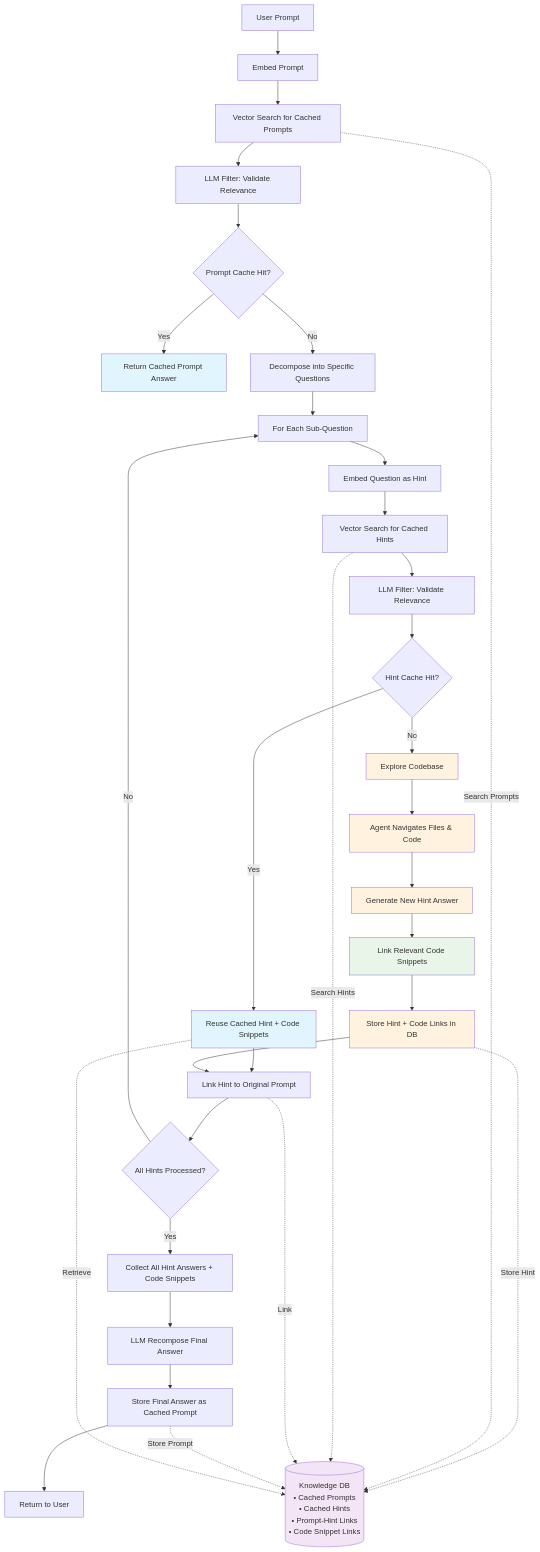
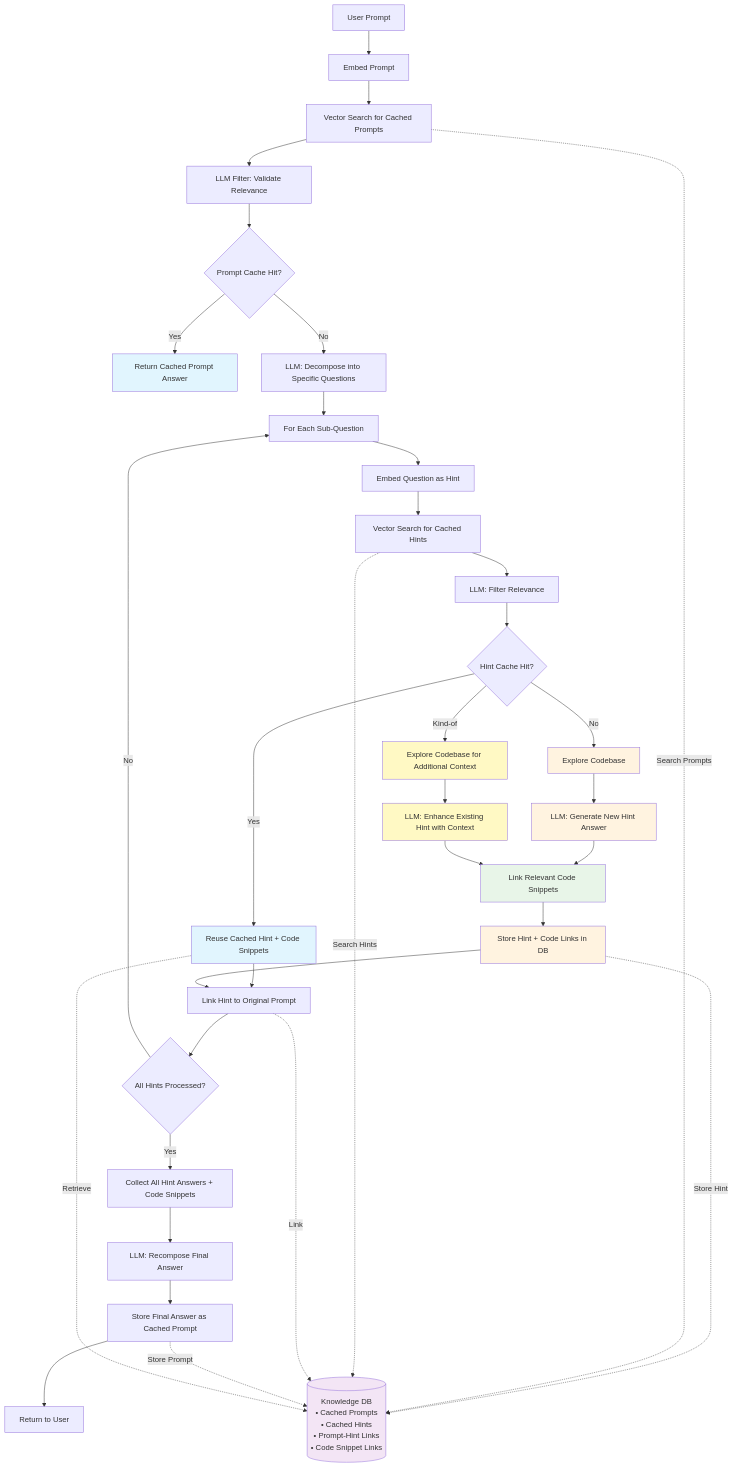
The diagram in mcp/src/tools/intelligence/readme.md (xiaoniaoyouhuajiang/stakgraph), drawn with Mermaid before and after one commit. The commit also changed 4 other files, not shown here.

````diff
--- a/mcp/src/tools/intelligence/readme.md
+++ b/mcp/src/tools/intelligence/readme.md
@@ -1,58 +1,63 @@
 ```mermaid
 
 flowchart TD
 A[User Prompt] --> B[Embed Prompt]
 B --> C[Vector Search for Cached Prompts]
 C --> D[LLM Filter: Validate Relevance]
 
     D --> E{Prompt Cache Hit?}
 
     E -->|Yes| F[Return Cached Prompt Answer]
-    E -->|No| G[Decompose into Specific Questions]
+    E -->|No| G[LLM: Decompose into Specific Questions]
 
     G --> H[For Each Sub-Question]
     H --> I[Embed Question as Hint]
     I --> J[Vector Search for Cached Hints]
-    J --> K[LLM Filter: Validate Relevance]
+    J --> K[LLM: Filter Relevance]
 
     K --> L{Hint Cache Hit?}
 
     L -->|Yes| M[Reuse Cached Hint + Code Snippets]
+    L -->|Kind-of| N2[Explore Codebase for Additional Context]
     L -->|No| N[Explore Codebase]
+    N --> P[LLM: Generate New Hint Answer]
 
-    N --> O[Agent Navigates Files & Code]
-    O --> P[Generate New Hint Answer]
     P --> Q[Link Relevant Code Snippets]
     Q --> R[Store Hint + Code Links in DB]
+
+    N2 --> P2[LLM: Enhance Existing Hint with Context]
+    P2 --> Q
 
     M --> S[Link Hint to Original Prompt]
     R --> S
 
     S --> T{All Hints Processed?}
     T -->|No| H
     T -->|Yes| U[Collect All Hint Answers + Code Snippets]
 
-    U --> V[LLM Recompose Final Answer]
+    U --> V[LLM: Recompose Final Answer]
     V --> W[Store Final Answer as Cached Prompt]
     W --> X[Return to User]
 
     %% Database connections
     R -.->|Store Hint| Y[(Knowledge DB<br/>• Cached Prompts<br/>• Cached Hints<br/>• Prompt-Hint Links<br/>• Code Snippet Links)]
     C -.->|Search Prompts| Y
     J -.->|Search Hints| Y
     S -.->|Link| Y
     W -.->|Store Prompt| Y
     M -.->|Retrieve| Y
 
     %% Styling
     classDef cacheHit fill:#e1f5fe
     classDef cacheMiss fill:#fff3e0
+    classDef partialHit fill:#fff9c4
     classDef database fill:#f3e5f5
     classDef codeLink fill:#e8f5e8
 
     class F,M cacheHit
-    class N,O,P,Q,R cacheMiss
+    class N,P,Q,R cacheMiss
+    class N2,P2 partialHit
     class Y database
     class Q codeLink
 
 ```
````
